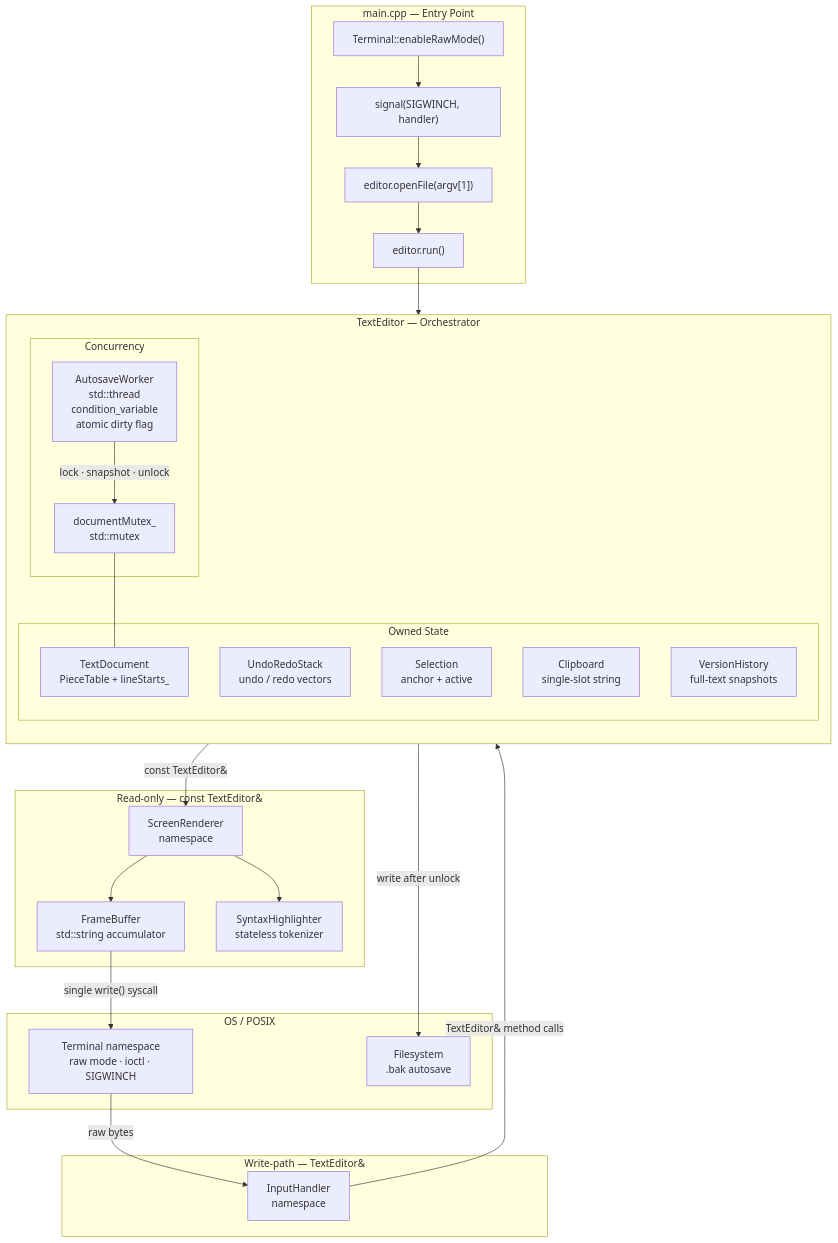
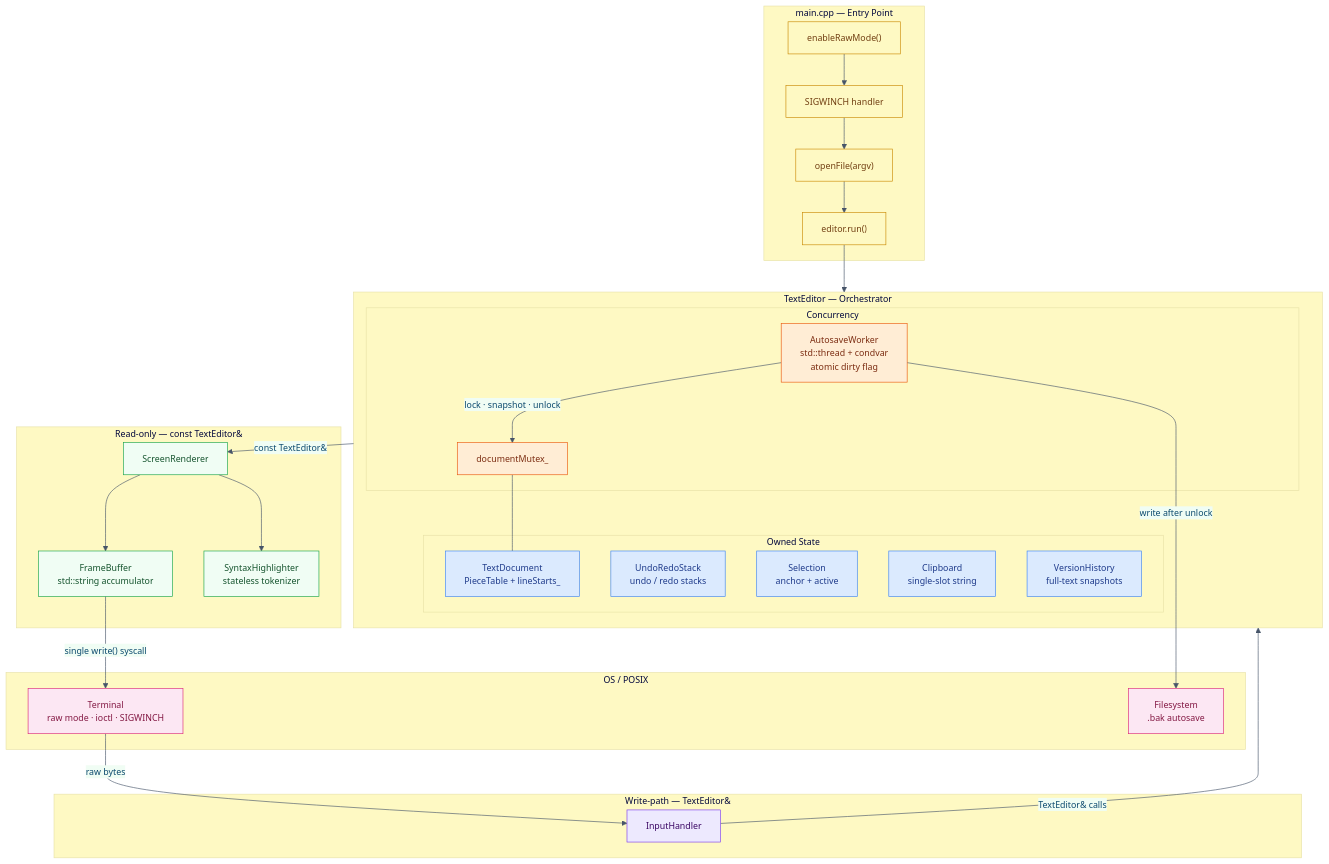
One commit to PRADEEPERIYASAMY/piecetable-editor changed the first of 10 diagrams in README.md. Above: the diagram before and after it, drawn with Mermaid. The commit also changed other lines of this file, not shown here.

Commit message:
docs: Trim to 10 essential diagrams with color theming

````diff
--- a/README.md
+++ b/README.md
@@ -182,51 +142,59 @@
 ```mermaid
+%%{init: {'theme': 'base', 'themeVariables': {'primaryColor': '#e0f2fe', 'primaryBorderColor': '#0284c7', 'primaryTextColor': '#0c4a6e', 'secondaryColor': '#f0fdf4', 'tertiaryColor': '#fef9c3', 'lineColor': '#475569', 'fontSize': '14px'}}}%%
 flowchart TB
-    subgraph entry["main.cpp — Entry Point"]
-        M1["Terminal::enableRawMode()"]
-        M2["signal(SIGWINCH, handler)"]
-        M3["editor.openFile(argv[1])"]
-        M4["editor.run()"]
+    classDef entry    fill:#fef9c3,stroke:#ca8a04,color:#713f12
+    classDef core     fill:#e0f2fe,stroke:#0284c7,color:#0c4a6e
+    classDef render   fill:#f0fdf4,stroke:#16a34a,color:#14532d
+    classDef input    fill:#ede9fe,stroke:#7c3aed,color:#3b0764
+    classDef posix    fill:#fce7f3,stroke:#db2777,color:#831843
+    classDef state    fill:#dbeafe,stroke:#3b82f6,color:#1e3a8a
+    classDef conc     fill:#ffedd5,stroke:#ea580c,color:#7c2d12
+
+    subgraph entry_box["main.cpp — Entry Point"]
+        M1["enableRawMode()"]:::entry
+        M2["SIGWINCH handler"]:::entry
+        M3["openFile(argv)"]:::entry
+        M4["editor.run()"]:::entry
     end
 
-    subgraph editor["TextEditor — Orchestrator"]
-        direction TB
-        subgraph state["Owned State"]
-            TD["TextDocument\nPieceTable + lineStarts_"]
-            UR["UndoRedoStack\nundo / redo vectors"]
-            SEL["Selection\nanchor + active"]
-            CB["Clipboard\nsingle-slot string"]
-            VH["VersionHistory\nfull-text snapshots"]
+    subgraph editor_box["TextEditor — Orchestrator"]
+        subgraph state_box["Owned State"]
+            TD["TextDocument\nPieceTable + lineStarts_"]:::state
+            UR["UndoRedoStack\nundo / redo stacks"]:::state
+            SEL["Selection\nanchor + active"]:::state
+            CB["Clipboard\nsingle-slot string"]:::state
+            VH["VersionHistory\nfull-text snapshots"]:::state
         end
-        subgraph concurrency["Concurrency"]
-            AW["AutosaveWorker\nstd::thread\ncondition_variable\natomic dirty flag"]
-            MX["documentMutex_\nstd::mutex"]
+        subgraph conc_box["Concurrency"]
+            AW["AutosaveWorker\nstd::thread + condvar\natomic dirty flag"]:::conc
+            MX["documentMutex_"]:::conc
         end
     end
 
-    subgraph rendering["Read-only — const TextEditor&"]
-        SR["ScreenRenderer\nnamespace"]
-        FB["FrameBuffer\nstd::string accumulator"]
-        SH["SyntaxHighlighter\nstateless tokenizer"]
+    subgraph render_box["Read-only — const TextEditor&"]
+        SR["ScreenRenderer"]:::render
+        FB["FrameBuffer\nstd::string accumulator"]:::render
+        SH["SyntaxHighlighter\nstateless tokenizer"]:::render
     end
 
-    subgraph inputpath["Write-path — TextEditor&"]
-        IH["InputHandler\nnamespace"]
+    subgraph input_box["Write-path — TextEditor&"]
+        IH["InputHandler"]:::input
     end
 
-    subgraph posix["OS / POSIX"]
-        T["Terminal namespace\nraw mode · ioctl · SIGWINCH"]
-        DISK["Filesystem\n.bak autosave"]
+    subgraph posix_box["OS / POSIX"]
+        T["Terminal\nraw mode · ioctl · SIGWINCH"]:::posix
+        DISK["Filesystem\n.bak autosave"]:::posix
     end
 
     M1 --> M2 --> M3 --> M4
-    M4 --> editor
-    editor -->|"const TextEditor&"| SR
+    M4 --> editor_box
+    editor_box -->|"const TextEditor&"| SR
     SR --> SH
     SR --> FB
     FB -->|"single write() syscall"| T
-    IH -->|"TextEditor& method calls"| editor
+    IH -->|"TextEditor& calls"| editor_box
     T -->|"raw bytes"| IH
     AW -->|"lock · snapshot · unlock"| MX
     AW -->|"write after unlock"| DISK
     MX --- TD
 ```
````
